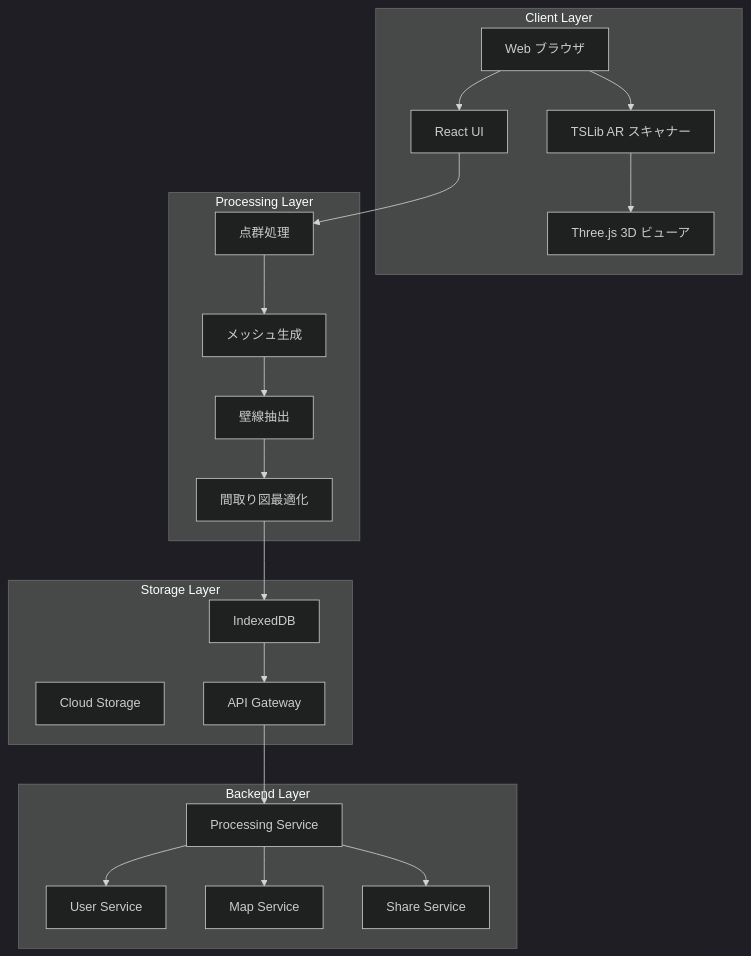
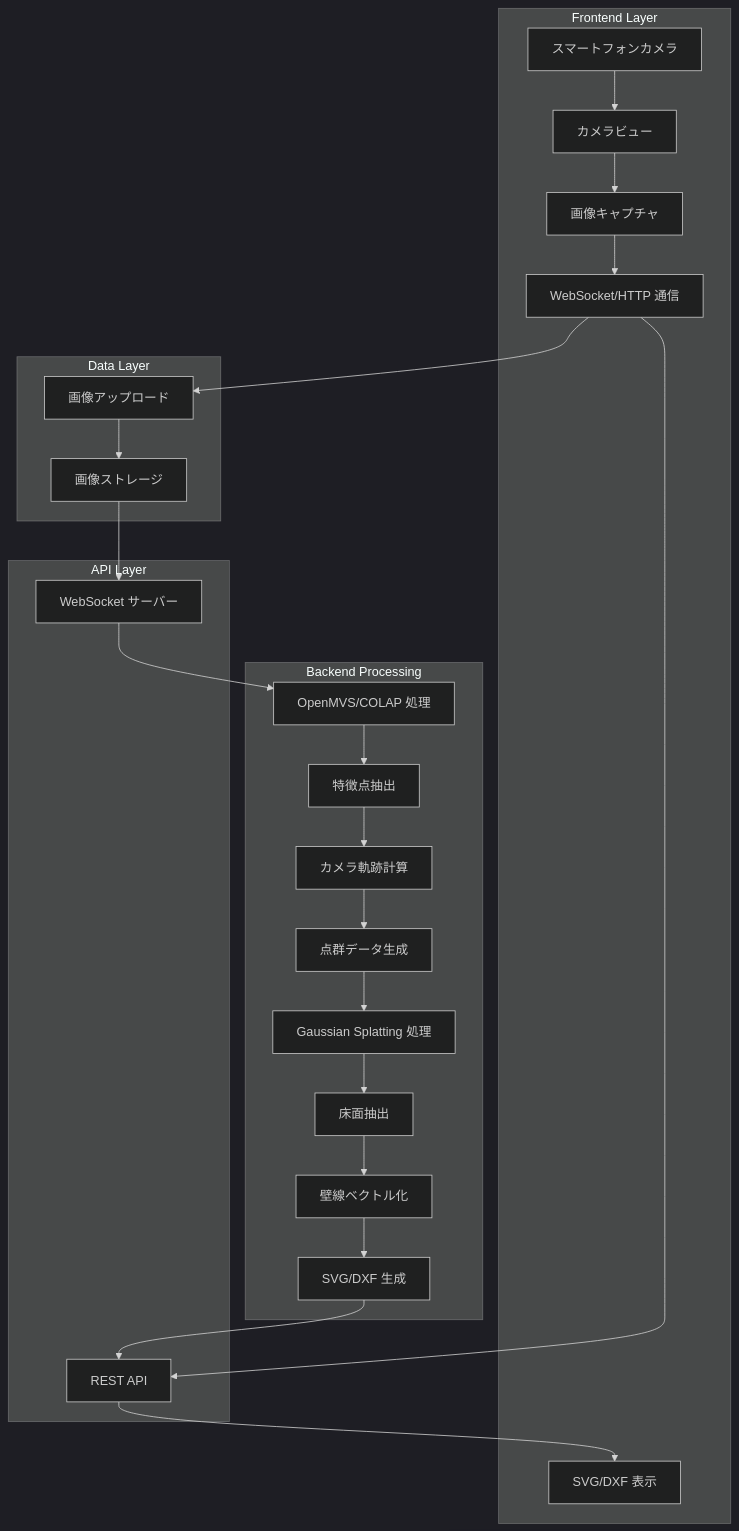
The diagram in docs/architecture.md (loopsketch/madori-creator), drawn with Mermaid (dark theme) before and after one commit. The commit also changed other lines of this file and 23 other files, not shown here.

````diff
--- a/docs/architecture.md
+++ b/docs/architecture.md
@@ -37,38 +5,49 @@
 ```mermaid
 graph TB
-    subgraph "Client Layer"
-        A[Web ブラウザ]
-        B[TSLib AR スキャナー]
-        C[Three.js 3D ビューア]
-        D[React UI]
+    subgraph "Frontend Layer"
+        A[スマートフォンカメラ]
+        B[カメラビュー]
+        C[画像キャプチャ]
+        D[WebSocket/HTTP 通信]
+        E[SVG/DXF 表示]
     end
     
-    subgraph "Processing Layer"
-        E[点群処理]
-        F[メッシュ生成]
-        G[壁線抽出]
-        H[間取り図最適化]
+    subgraph "Data Layer"
+        F[画像アップロード]
+        G[画像ストレージ]
     end
     
-    subgraph "Storage Layer"
-        I[IndexedDB]
-        J[Cloud Storage]
-        K[API Gateway]
+    subgraph "Backend Processing"
+        H[OpenMVS/COLAP 処理]
+        I[特徴点抽出]
+        J[カメラ軌跡計算]
+        K[点群データ生成]
+        L[Gaussian Splatting 処理]
+        M[床面抽出]
+        N[壁線ベクトル化]
+        O[SVG/DXF 生成]
     end
     
-    subgraph "Backend Layer"
-        L[Processing Service]
-        M[User Service]
-        N[Map Service]
-        O[Share Service]
+    subgraph "API Layer"
+        P[REST API]
+        Q[WebSocket サーバー]
     end
     
-    A --> B --> C
-    A --> D
-    D --> E --> F --> G --> H
+    A --> B
+    B --> C
+    C --> D
+    D --> F
+    F --> G
+    G --> Q
+    Q --> H
     H --> I
-    I --> K --> L
+    I --> J
+    J --> K
+    K --> L
     L --> M
-    L --> N
-    L --> O
+    M --> N
+    N --> O
+    O --> P
+    D --> P
+    P --> E
 ```
````
